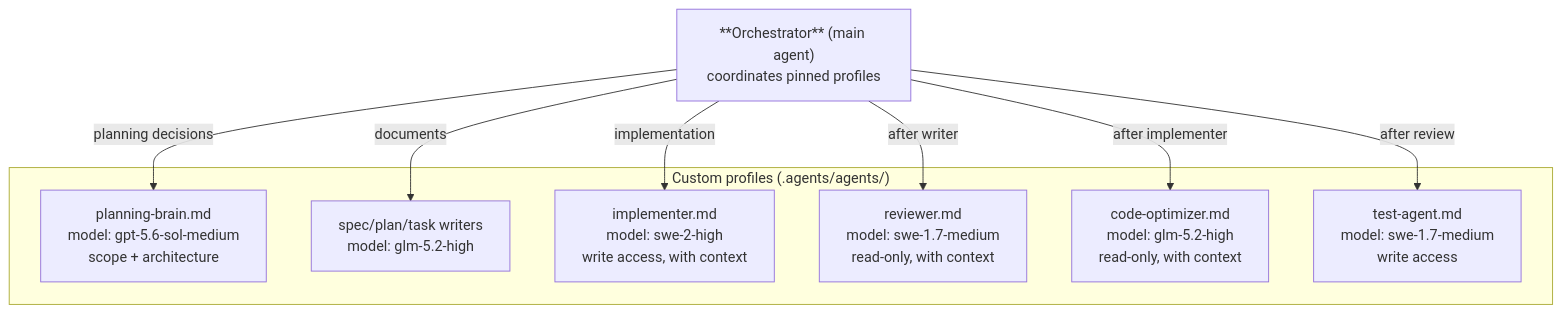
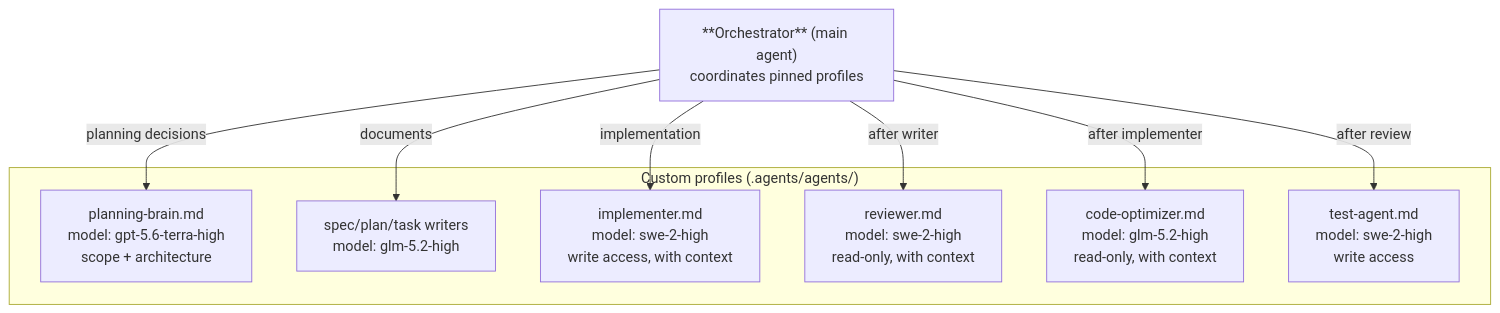
One commit to bperin/project-context changed the fourth of 4 diagrams in README.md. Above: the diagram before and after it, drawn with Mermaid. The commit also changed other lines of this file and 12 other files, not shown here.

````diff
--- a/README.md
+++ b/README.md
@@ -162,20 +162,20 @@
 ```mermaid
 graph TD
     ORCH["**Orchestrator** (main agent)<br/>coordinates pinned profiles"]
 
     subgraph "Custom profiles (.agents/agents/)"
-        BRAIN["planning-brain.md<br/>model: gpt-5.6-sol-medium<br/>scope + architecture"]
+        BRAIN["planning-brain.md<br/>model: gpt-5.6-terra-high<br/>scope + architecture"]
         WRITERS["spec/plan/task writers<br/>model: glm-5.2-high"]
         IMPL["implementer.md<br/>model: swe-2-high<br/>write access, with context"]
-        REV["reviewer.md<br/>model: swe-1.7-medium<br/>read-only, with context"]
+        REV["reviewer.md<br/>model: swe-2-high<br/>read-only, with context"]
         CODEOPT["code-optimizer.md<br/>model: glm-5.2-high<br/>read-only, with context"]
-        TEST["test-agent.md<br/>model: swe-1.7-medium<br/>write access"]
+        TEST["test-agent.md<br/>model: swe-2-high<br/>write access"]
     end
 
     ORCH -->|"planning decisions"| BRAIN
     ORCH -->|"documents"| WRITERS
     ORCH -->|"implementation"| IMPL
     ORCH -->|"after writer"| REV
     ORCH -->|"after implementer"| CODEOPT
     ORCH -->|"after review"| TEST
 ```
````
